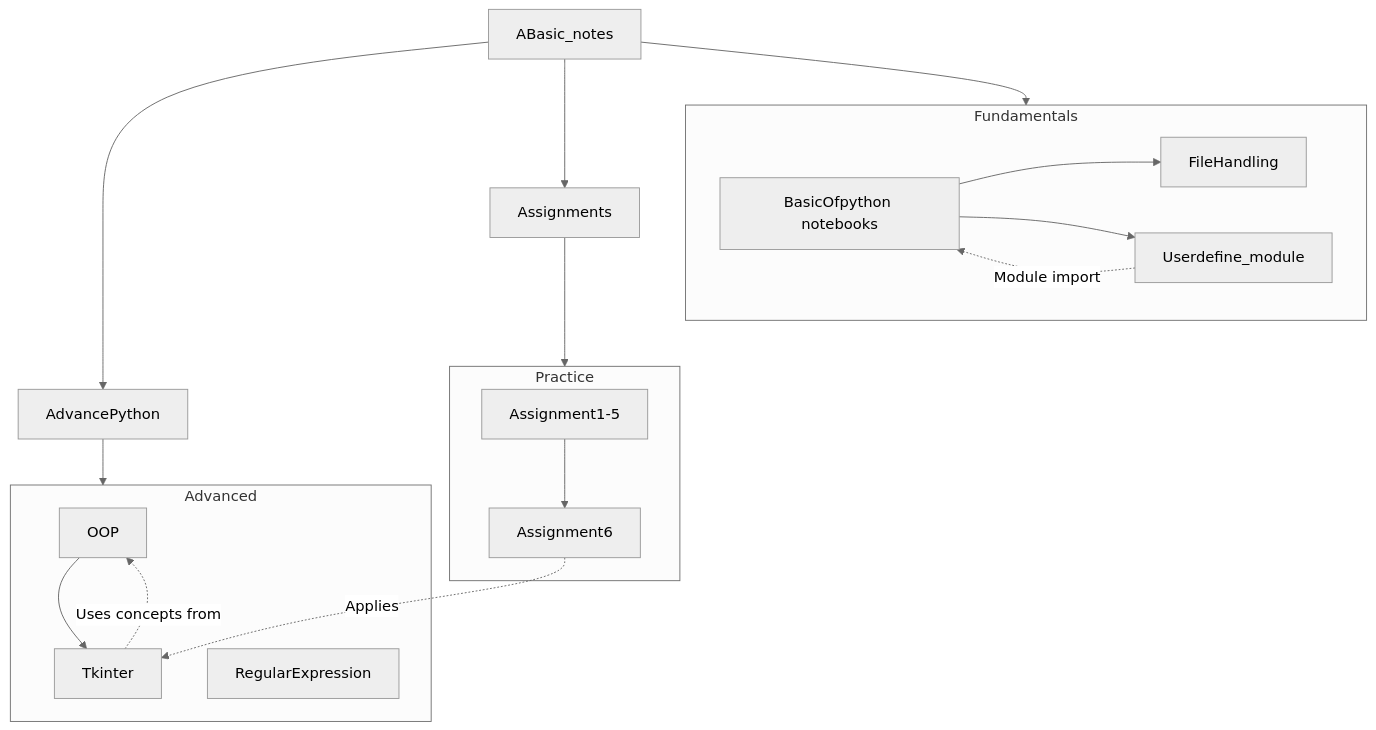
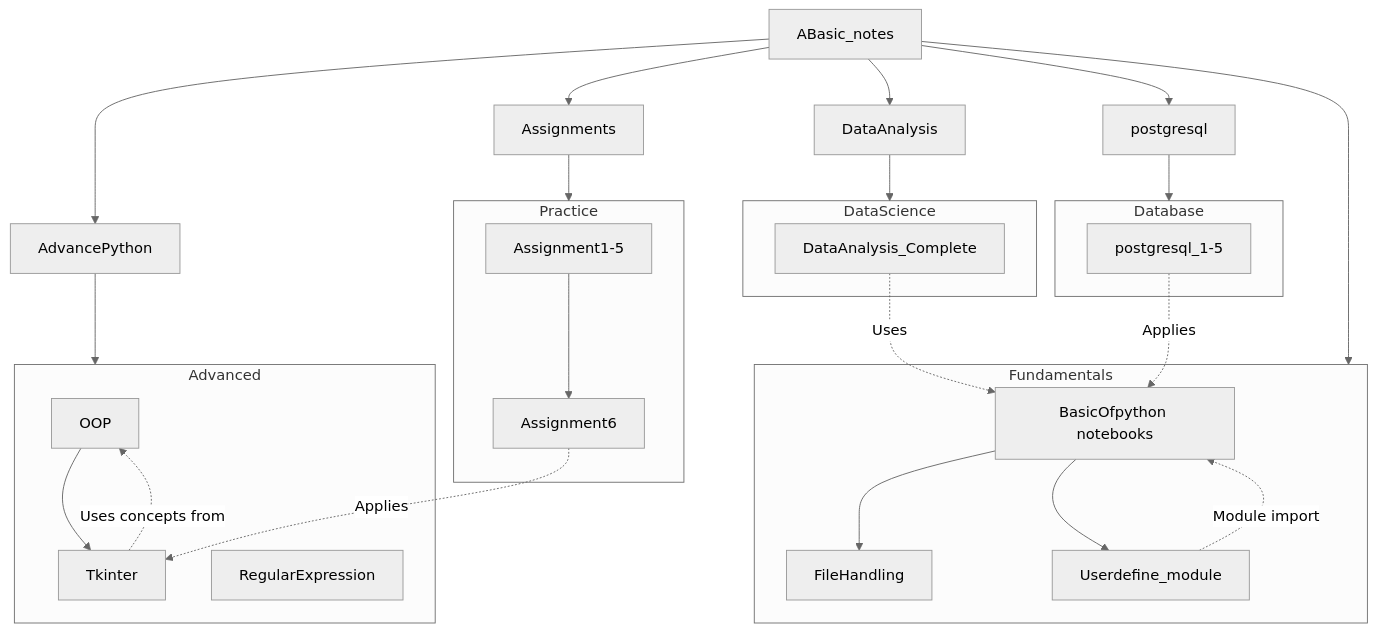
The diagram in README.md (Ktripathi2611/learningPython), drawn with Mermaid (neutral theme) before and after one commit. The commit also changed other lines of this file, not shown here.

````diff
--- a/README.md
+++ b/README.md
@@ -165,27 +224,41 @@
 ```mermaid
 graph TD
     A[ABasic_notes] --> B[AdvancePython]
     A --> C[Assignments]
+    A --> D[DataAnalysis]
+    A --> E[postgresql]
     
     subgraph Fundamentals
         A1[BasicOfpython notebooks] --> A2[FileHandling]
         A1 --> A3[Userdefine_module]
     end
     
     subgraph Advanced
         B1[OOP] --> B3[Tkinter]
         B2[RegularExpression]
     end
     
+    subgraph DataScience
+        D1[DataAnalysis_Complete]
+    end
+    
+    subgraph Database
+        E1[postgresql_1-5]
+    end
+    
     subgraph Practice
         C1[Assignment1-5] --> C2[Assignment6]
     end
     
     A --> Fundamentals
     B --> Advanced
     C --> Practice
+    D --> DataScience
+    E --> Database
     
     A3 -.-> |"Module import"| A1
     B3 -.-> |"Uses concepts from"| B1
     C2 -.-> |"Applies"| B3
+    D1 -.-> |"Uses"| A1
+    E1 -.-> |"Applies"| A1
 ```
````
